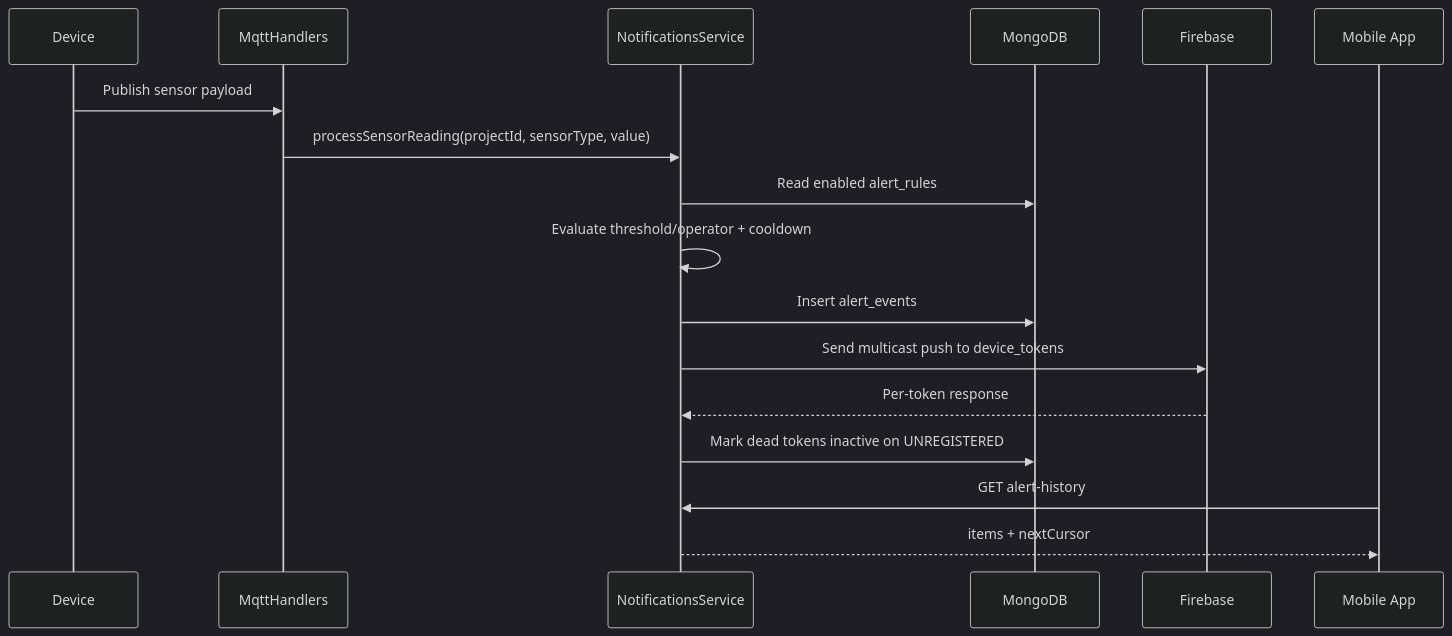
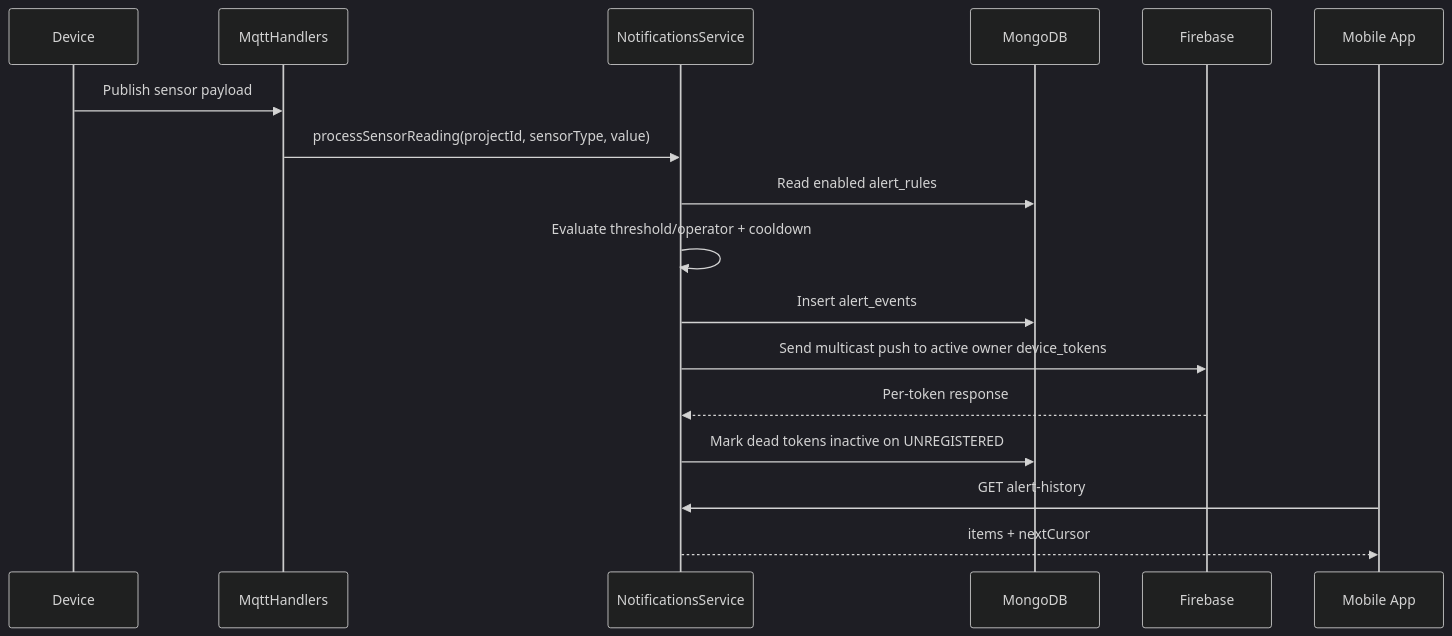
The diagram in docs/notifications-system.md (ahmed-atef-gad/nexusflow-backend), drawn with Mermaid (dark theme) before and after one commit. The commit also changed other lines of this file and 7 other files, not shown here.

````diff
--- a/docs/notifications-system.md
+++ b/docs/notifications-system.md
@@ -18,20 +19,20 @@
 ```mermaid
 sequenceDiagram
     participant ESP as Device
     participant MQTT as MqttHandlers
     participant NS as NotificationsService
     participant DB as MongoDB
     participant FCM as Firebase
     participant App as Mobile App
 
     ESP->>MQTT: Publish sensor payload
     MQTT->>NS: processSensorReading(projectId, sensorType, value)
     NS->>DB: Read enabled alert_rules
     NS->>NS: Evaluate threshold/operator + cooldown
     NS->>DB: Insert alert_events
-    NS->>FCM: Send multicast push to device_tokens
+    NS->>FCM: Send multicast push to active owner device_tokens
     FCM-->>NS: Per-token response
     NS->>DB: Mark dead tokens inactive on UNREGISTERED
     App->>NS: GET alert-history
     NS-->>App: items + nextCursor
 ```
````
